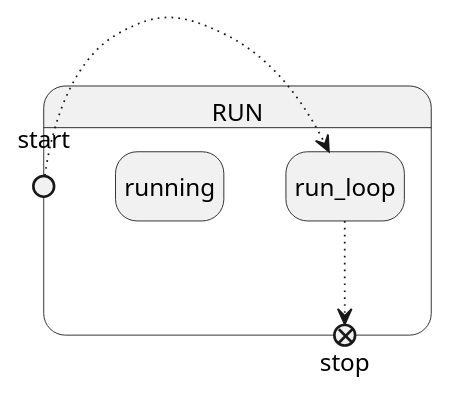
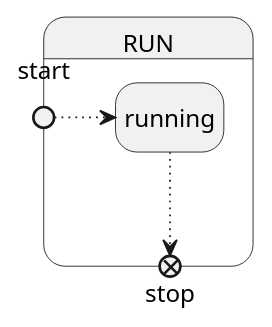
Before and after one commit to constellation-daq/Constellation: the second of 4 diagrams in docs/manual/concepts/satellite.md, drawn with PlantUML.

Commit message:
docs: fix running state UML

````diff
--- a/docs/manual/concepts/satellite.md
+++ b/docs/manual/concepts/satellite.md
@@ -121,14 +121,14 @@
 ```plantuml
 @startuml
 hide empty description
 
 State RUN {
     State start <<entryPoint>>
     State stop <<exitPoint>>
     State running
-    start -right[dotted]-> run_loop
-    run_loop -right[dotted]-> stop
+    start -right[dotted]-> running
+    running -right[dotted]-> stop
 }
 
 @enduml
 ```
````
